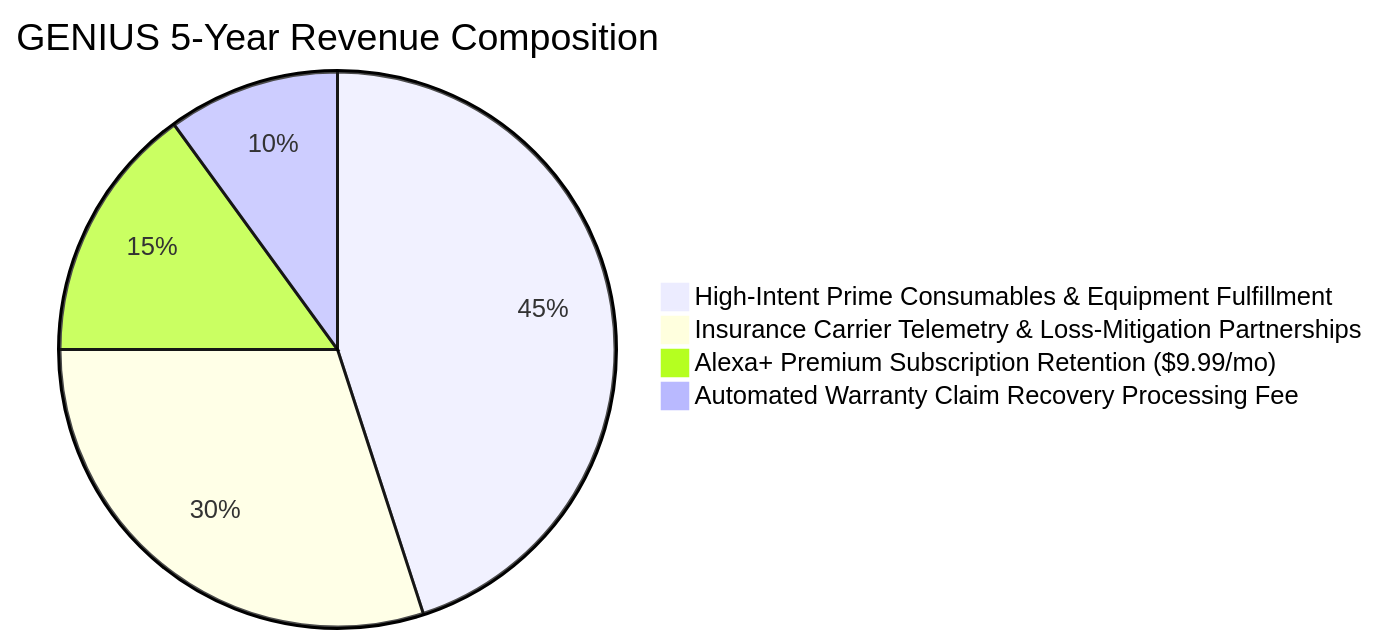
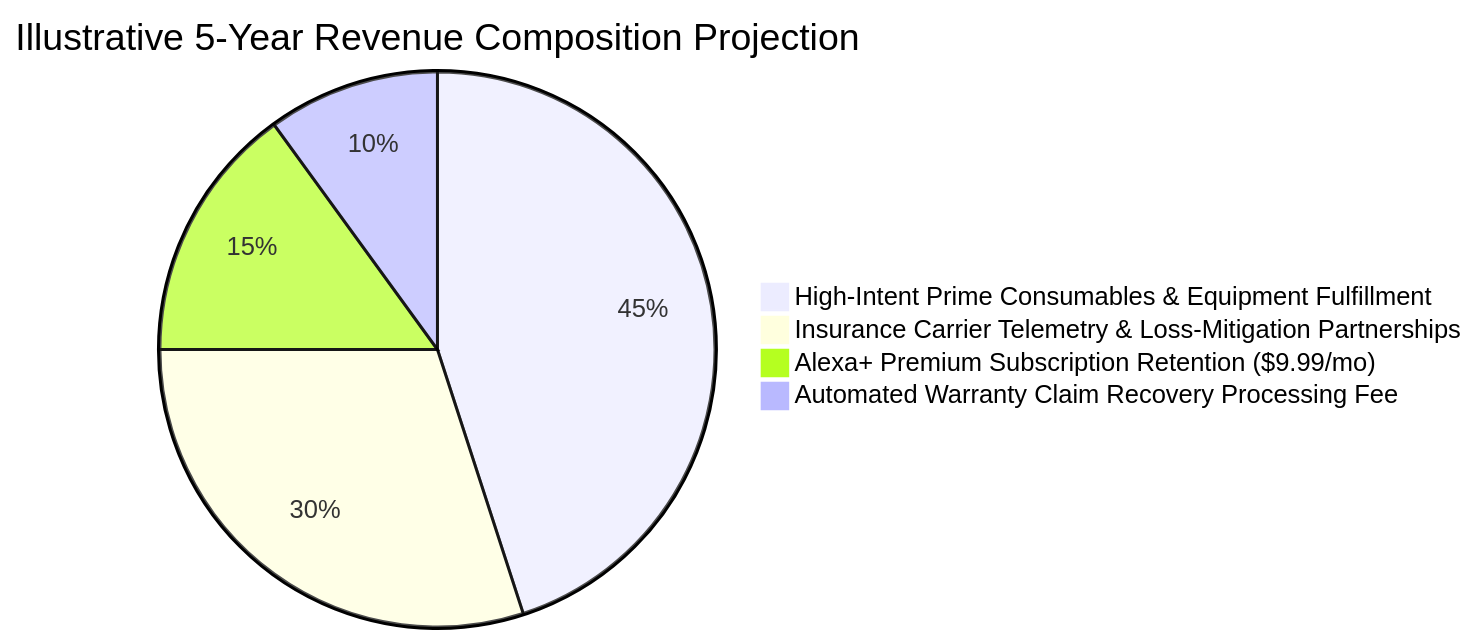
Before and after one commit to patriceai-code/genius: the third of 3 diagrams in PROJECT_DOSSIER.md, drawn with Mermaid. The commit also changed other lines of this file and 15 other files, not shown here.

````diff
--- a/PROJECT_DOSSIER.md
+++ b/PROJECT_DOSSIER.md
@@ -552,7 +577,7 @@
 ```mermaid
-pie title GENIUS 5-Year Revenue Composition
+pie title Illustrative 5-Year Revenue Composition Projection
     "High-Intent Prime Consumables & Equipment Fulfillment" : 45
     "Insurance Carrier Telemetry & Loss-Mitigation Partnerships" : 30
     "Alexa+ Premium Subscription Retention ($9.99/mo)" : 15
     "Automated Warranty Claim Recovery Processing Fee" : 10
 ```
````
